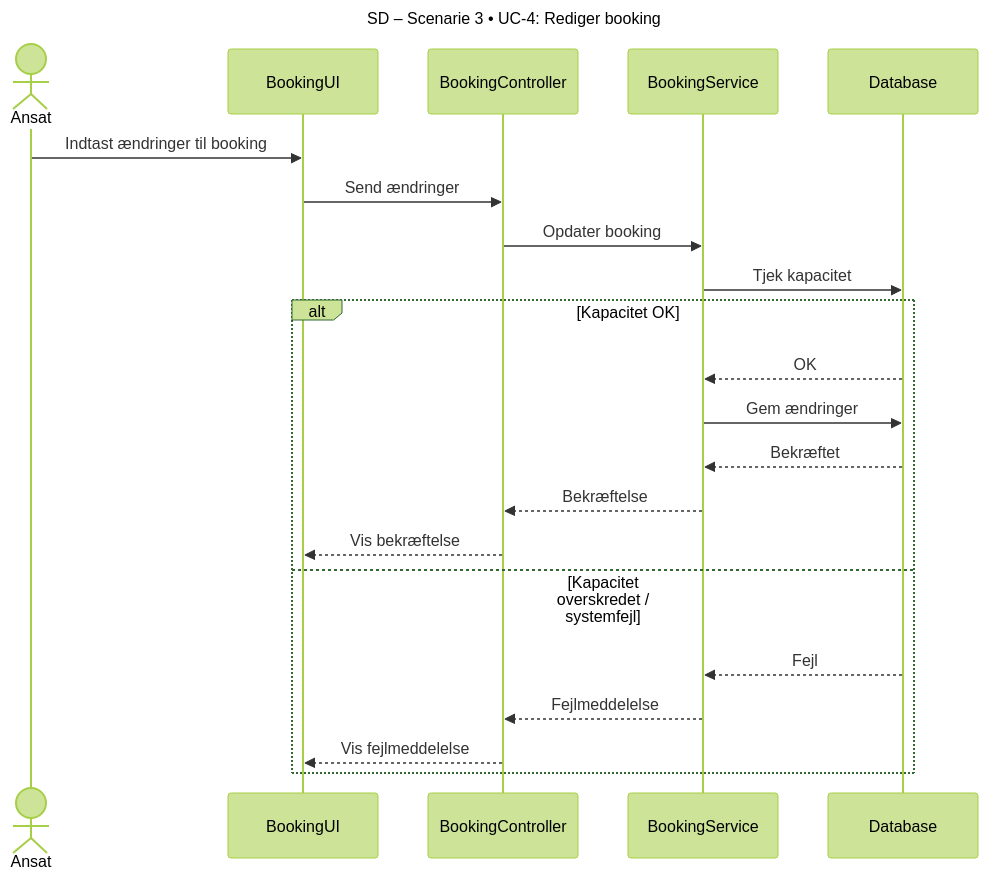
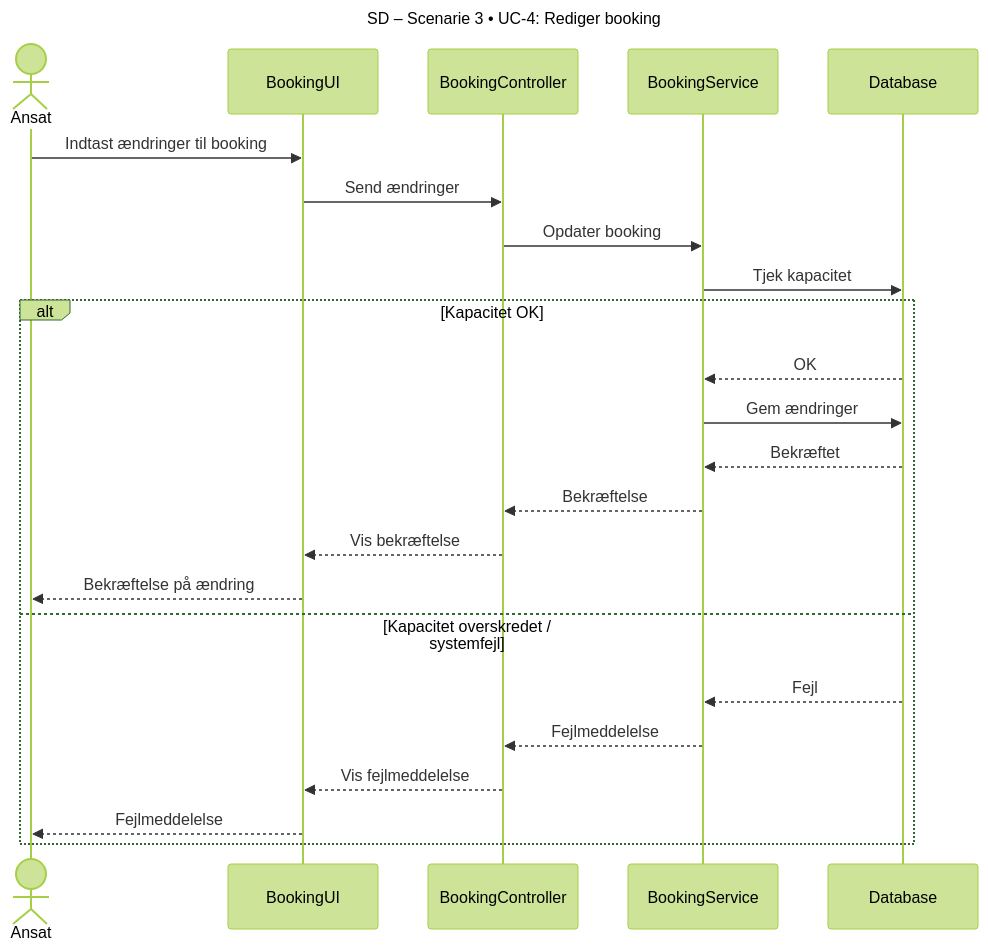
One commit to DMOoF25/TheMovie changed the diagram in docs/Scenarie 3 UC4/SD S3 UC4.mmd. Above: the diagram before and after it, drawn with Mermaid (forest theme). The commit also changed other lines of this file, not shown here.

Commit message:
Update SD S3 UC4.mmd

```diff
--- a/docs/Scenarie 3 UC4/SD S3 UC4.mmd
+++ b/docs/Scenarie 3 UC4/SD S3 UC4.mmd
@@ -1,25 +1,27 @@
 sequenceDiagram
 title SD – Scenarie 3 • UC-4: Rediger booking
 
 
-    actor Ansat
+  actor Ansat
     participant BookingUI
     participant BookingController
     participant BookingService
     participant Database
 
     Ansat->>BookingUI: Indtast ændringer til booking
     BookingUI->>BookingController: Send ændringer
     BookingController->>BookingService: Opdater booking
     BookingService->>Database: Tjek kapacitet
     alt Kapacitet OK
         Database-->>BookingService: OK
         BookingService->>Database: Gem ændringer
         Database-->>BookingService: Bekræftet
         BookingService-->>BookingController: Bekræftelse
         BookingController-->>BookingUI: Vis bekræftelse
+        BookingUI-->>Ansat: Bekræftelse på ændring
     else Kapacitet overskredet / systemfejl
         Database-->>BookingService: Fejl
         BookingService-->>BookingController: Fejlmeddelelse
         BookingController-->>BookingUI: Vis fejlmeddelelse
+        BookingUI-->>Ansat: Fejlmeddelelse
     end
```
